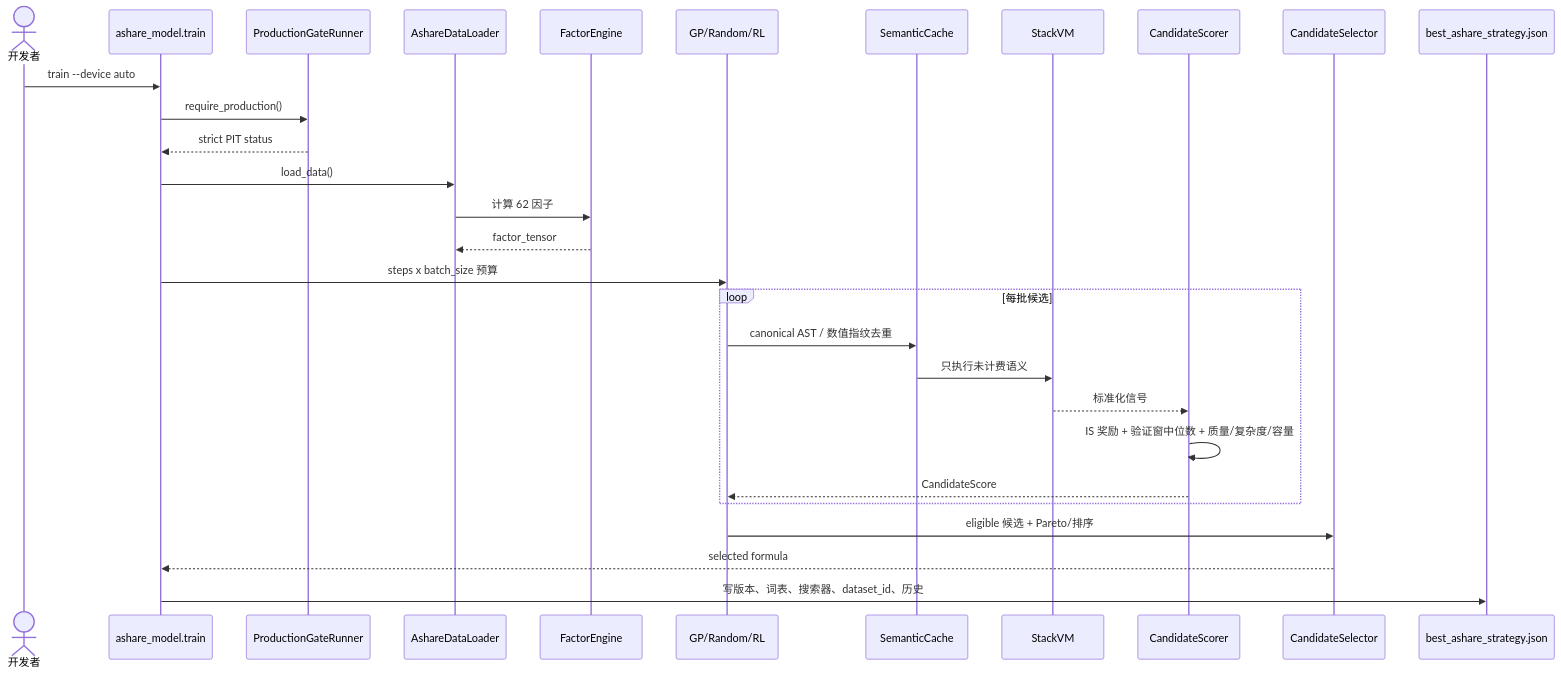
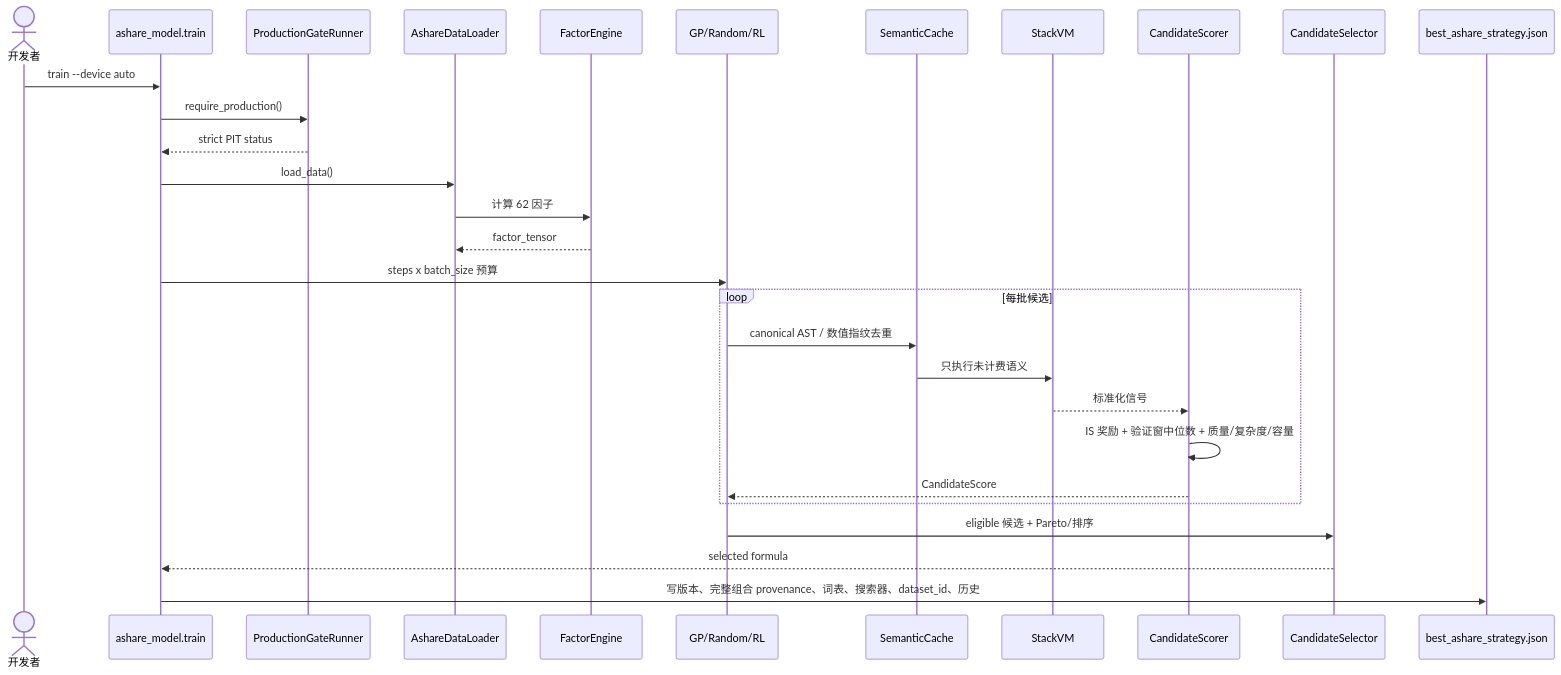
The fourth of 6 diagrams in docs/PROJECT_ONBOARDING.md (fanxxxks/N), drawn with Mermaid before and after one commit. The commit also changed other lines of this file and 25 other files, not shown here.

```diff
--- a/docs/PROJECT_ONBOARDING.md
+++ b/docs/PROJECT_ONBOARDING.md
@@ -324,32 +327,32 @@
 ~~~mermaid
 sequenceDiagram
     actor Dev as 开发者
     participant CLI as ashare_model.train
     participant Gate as ProductionGateRunner
     participant Loader as AshareDataLoader
     participant Factor as FactorEngine
     participant Search as GP/Random/RL
     participant Cache as SemanticCache
     participant VM as StackVM
     participant Scorer as CandidateScorer
     participant Selector as CandidateSelector
     participant File as best_ashare_strategy.json
 
     Dev->>CLI: train --device auto
     CLI->>Gate: require_production()
     Gate-->>CLI: strict PIT status
     CLI->>Loader: load_data()
     Loader->>Factor: 计算 62 因子
     Factor-->>Loader: factor_tensor
     CLI->>Search: steps x batch_size 预算
     loop 每批候选
         Search->>Cache: canonical AST / 数值指纹去重
         Cache->>VM: 只执行未计费语义
         VM-->>Scorer: 标准化信号
         Scorer->>Scorer: IS 奖励 + 验证窗中位数 + 质量/复杂度/容量
         Scorer-->>Search: CandidateScore
     end
     Search->>Selector: eligible 候选 + Pareto/排序
     Selector-->>CLI: selected formula
-    CLI->>File: 写版本、词表、搜索器、dataset_id、历史
+    CLI->>File: 写版本、完整组合 provenance、词表、搜索器、dataset_id、历史
 ~~~
```
